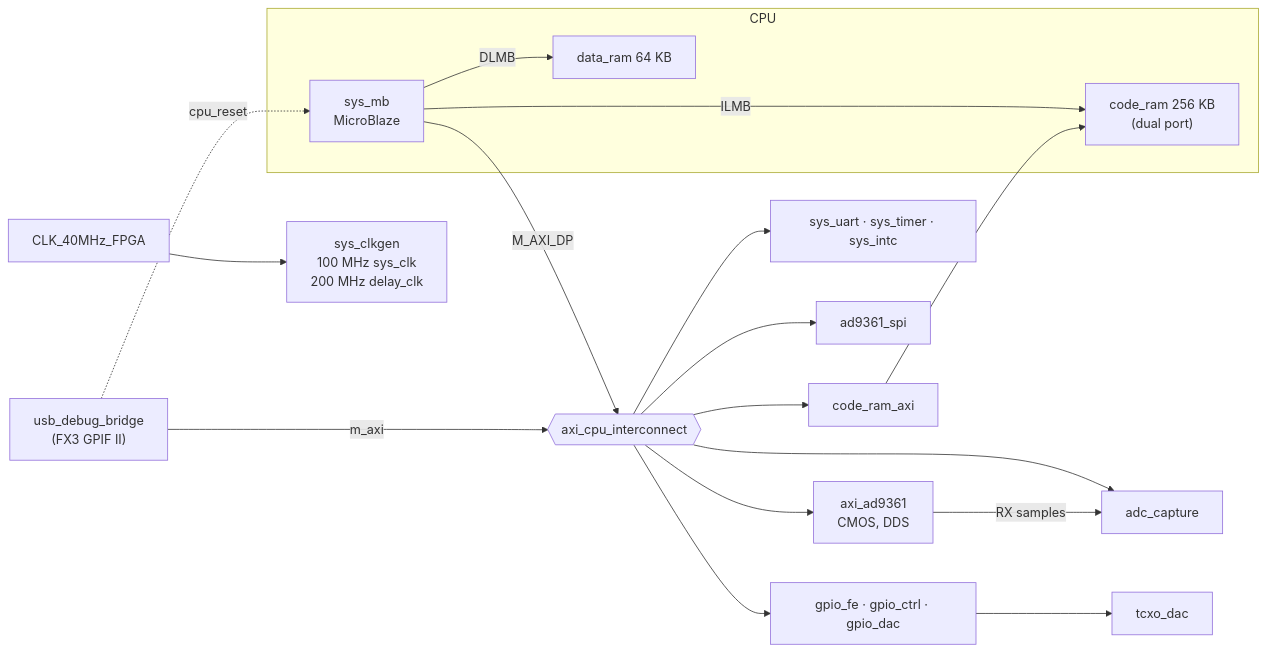
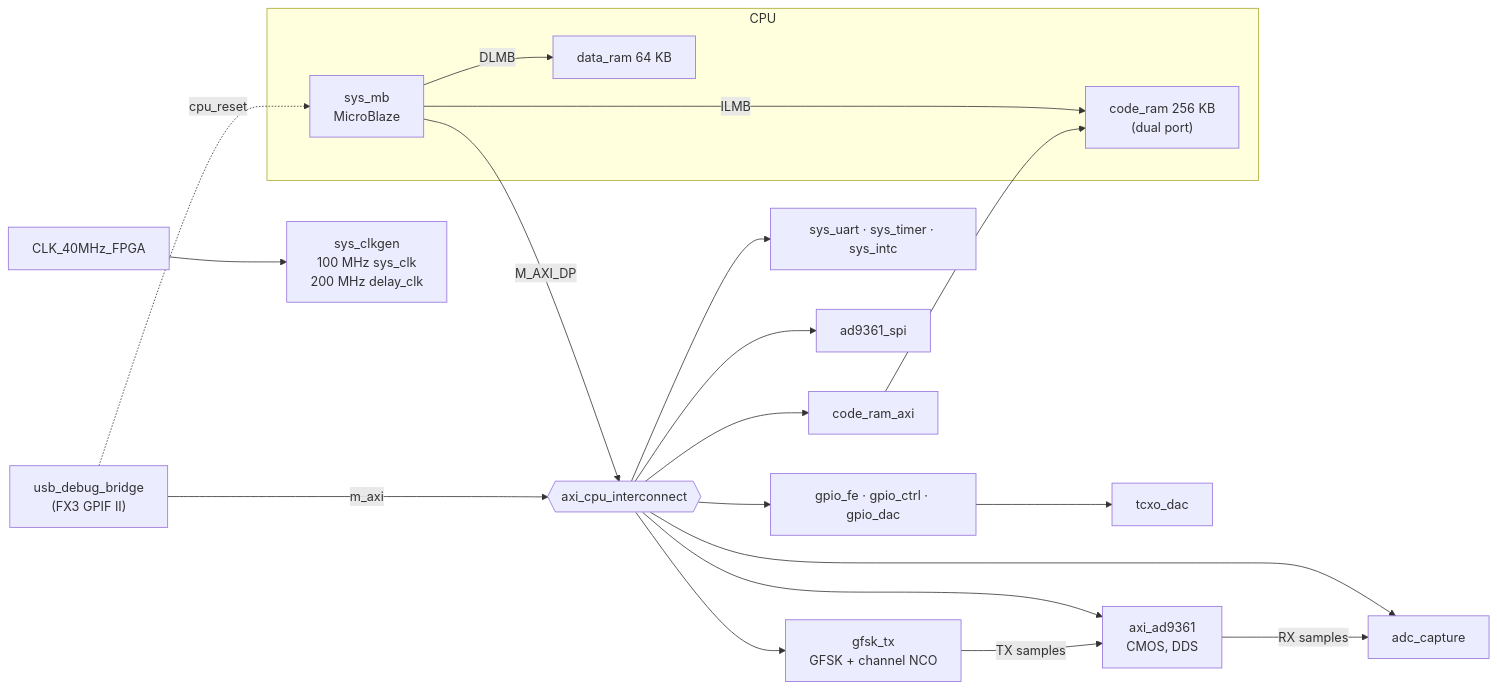
The diagram in docs/architecture.md (mynameisvaro/libresdr-multitx), drawn with Mermaid before and after one commit. The commit also changed other lines of this file and 20 other files, not shown here.

First line of the commit message:
gfsk_tx: GFSK/FSK packet modulator with channel NCO

````diff
--- a/docs/architecture.md
+++ b/docs/architecture.md
@@ -10,27 +10,29 @@
 ```mermaid
 flowchart LR
   clk40["CLK_40MHz_FPGA"] --> clkgen["sys_clkgen<br/>100 MHz sys_clk<br/>200 MHz delay_clk"]
 
   subgraph cpu["CPU"]
     mb["sys_mb<br/>MicroBlaze"]
     code["code_ram 256 KB<br/>(dual port)"]
     data["data_ram 64 KB"]
     mb -->|ILMB| code
     mb -->|DLMB| data
   end
 
   usb["usb_debug_bridge<br/>(FX3 GPIF II)"]
   ic{{"axi_cpu_interconnect"}}
   mb -->|M_AXI_DP| ic
   usb -->|m_axi| ic
   usb -.->|cpu_reset| mb
 
   ic --> codeaxi["code_ram_axi"] --> code
   ic --> periph["sys_uart · sys_timer · sys_intc"]
   ic --> gpio["gpio_fe · gpio_ctrl · gpio_dac"]
   ic --> spi["ad9361_spi"]
   ic --> ad["axi_ad9361<br/>CMOS, DDS"]
   ic --> cap["adc_capture"]
   ad -->|RX samples| cap
+  ic --> gt["gfsk_tx<br/>GFSK + channel NCO"]
+  gt -->|TX samples| ad
   gpio --> dac["tcxo_dac"]
 ```
````
